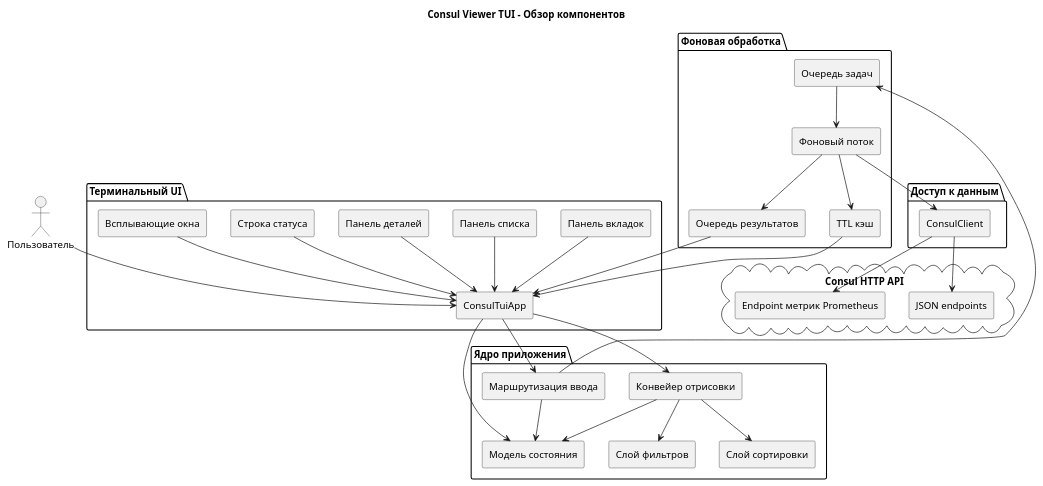
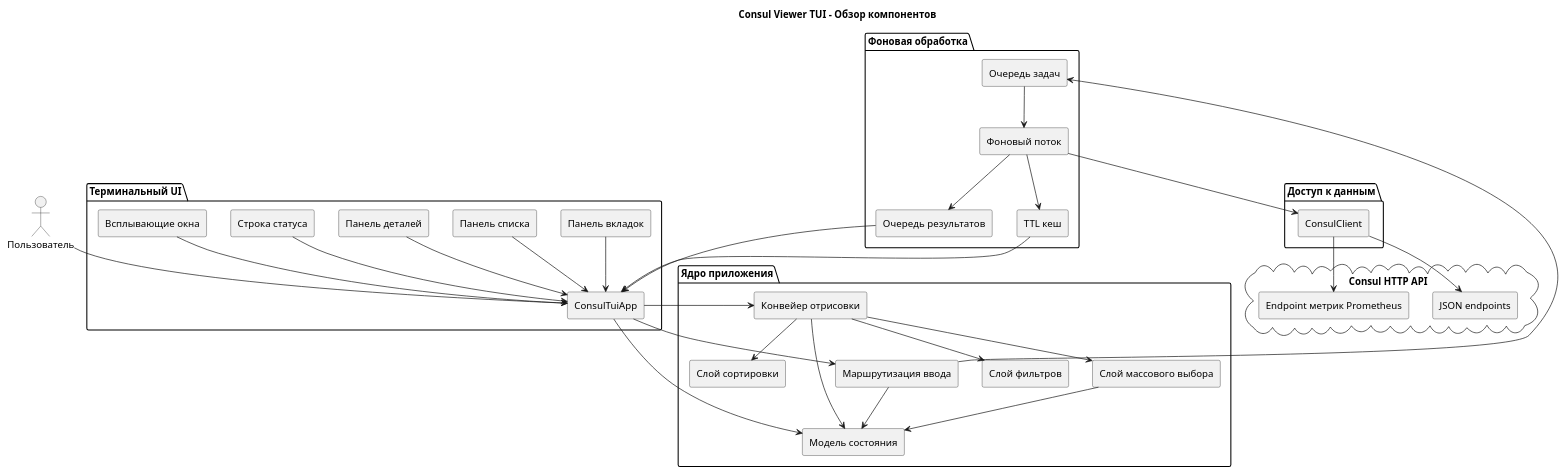
The diagram in diagramms/01-component-overview-ru.puml (dtarasov7/consul-viewer), drawn with PlantUML before and after one commit. The commit also changed 15 other files, not shown here.

```diff
--- a/diagramms/01-component-overview-ru.puml
+++ b/diagramms/01-component-overview-ru.puml
@@ -1,69 +1,72 @@
 @startuml
 title Consul Viewer TUI - Обзор компонентов
 
 skinparam componentStyle rectangle
 skinparam shadowing false
 
 actor "Пользователь" as User
 
 package "Терминальный UI" {
   [ConsulTuiApp]
   [Панель вкладок]
   [Панель списка]
   [Панель деталей]
   [Строка статуса]
   [Всплывающие окна]
 }
 
 package "Ядро приложения" {
   [Модель состояния]
   [Маршрутизация ввода]
   [Слой фильтров]
+  [Слой массового выбора]
   [Слой сортировки]
   [Конвейер отрисовки]
 }
 
 package "Фоновая обработка" {
   [Фоновый поток]
   [Очередь задач]
   [Очередь результатов]
-  [TTL кэш]
+  [TTL кеш]
 }
 
 package "Доступ к данным" {
   [ConsulClient]
 }
 
 cloud "Consul HTTP API" {
   [JSON endpoints]
   [Endpoint метрик Prometheus]
 }
 
 User --> [ConsulTuiApp]
 [ConsulTuiApp] --> [Маршрутизация ввода]
 [ConsulTuiApp] --> [Конвейер отрисовки]
 [ConsulTuiApp] --> [Модель состояния]
 
 [Панель вкладок] --> [ConsulTuiApp]
 [Панель списка] --> [ConsulTuiApp]
 [Панель деталей] --> [ConsulTuiApp]
 [Строка статуса] --> [ConsulTuiApp]
 [Всплывающие окна] --> [ConsulTuiApp]
 
 [Маршрутизация ввода] --> [Модель состояния]
 [Маршрутизация ввода] --> [Очередь задач]
 [Конвейер отрисовки] --> [Слой фильтров]
+[Конвейер отрисовки] --> [Слой массового выбора]
 [Конвейер отрисовки] --> [Слой сортировки]
 [Конвейер отрисовки] --> [Модель состояния]
+[Слой массового выбора] --> [Модель состояния]
 
 [Очередь задач] --> [Фоновый поток]
 [Фоновый поток] --> [Очередь результатов]
-[Фоновый поток] --> [TTL кэш]
+[Фоновый поток] --> [TTL кеш]
 [Фоновый поток] --> [ConsulClient]
 
 [ConsulClient] --> [JSON endpoints]
 [ConsulClient] --> [Endpoint метрик Prometheus]
 [Очередь результатов] --> [ConsulTuiApp]
-[TTL кэш] --> [ConsulTuiApp]
+[TTL кеш] --> [ConsulTuiApp]
 
 @enduml
```
